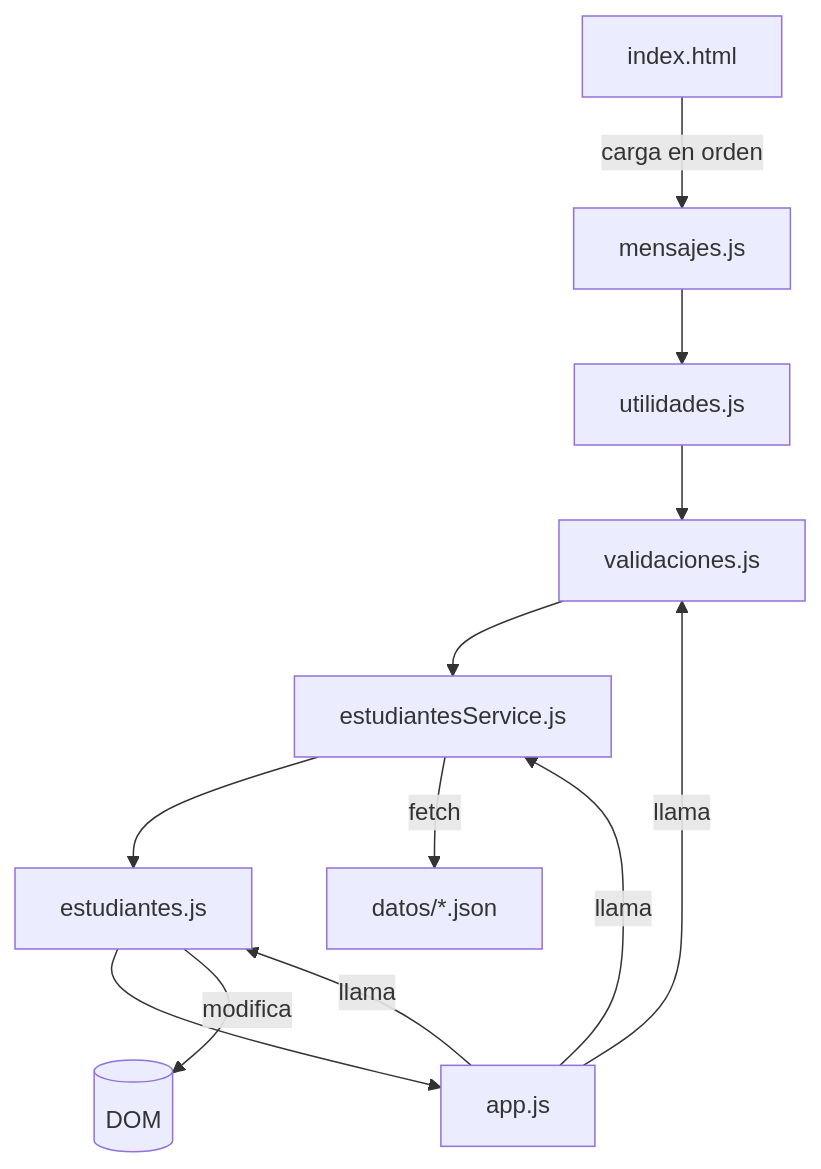
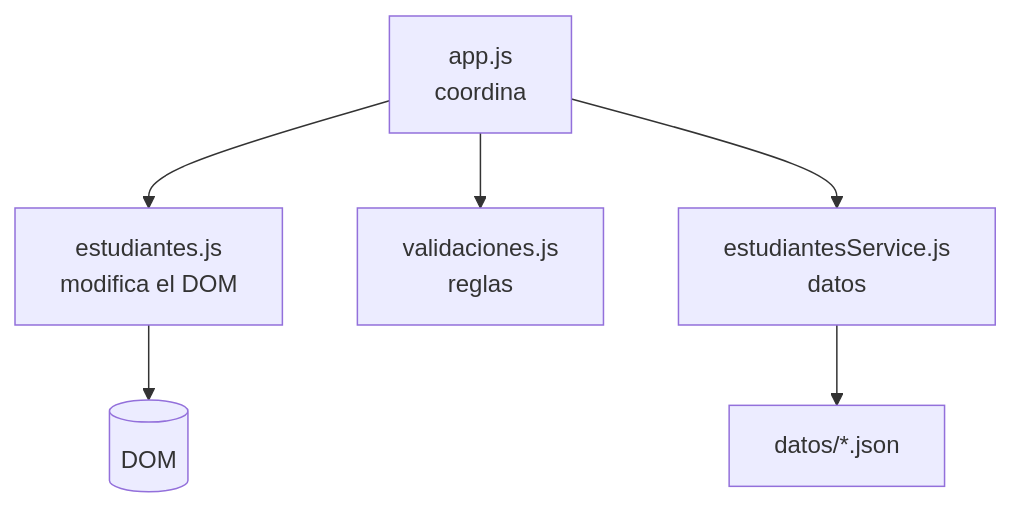
Before and after one commit to jperezgtdev/legacy-react-umg: the second of 13 diagrams in GUIA_PRESENTACION_COMPARATIVA.md, drawn with Mermaid. The commit also changed other lines of this file and 1 other file, not shown here.

````diff
--- a/GUIA_PRESENTACION_COMPARATIVA.md
+++ b/GUIA_PRESENTACION_COMPARATIVA.md
@@ -93,9 +157,8 @@
 ```mermaid
 flowchart TB
-  HTML[index.html] -->|carga en orden| M[mensajes.js] --> U[utilidades.js] --> V[validaciones.js] --> S[estudiantesService.js] --> E[estudiantes.js] --> A[app.js]
-  A -->|llama| S
-  A -->|llama| E
-  A -->|llama| V
-  E -->|modifica| DOM[(DOM)]
-  S -->|fetch| J[datos/*.json]
+  A[app.js<br/>coordina] --> E[estudiantes.js<br/>modifica el DOM]
+  A --> V[validaciones.js<br/>reglas]
+  A --> S[estudiantesService.js<br/>datos]
+  E --> DOM[(DOM)]
+  S --> J[datos/*.json]
 ```
````
